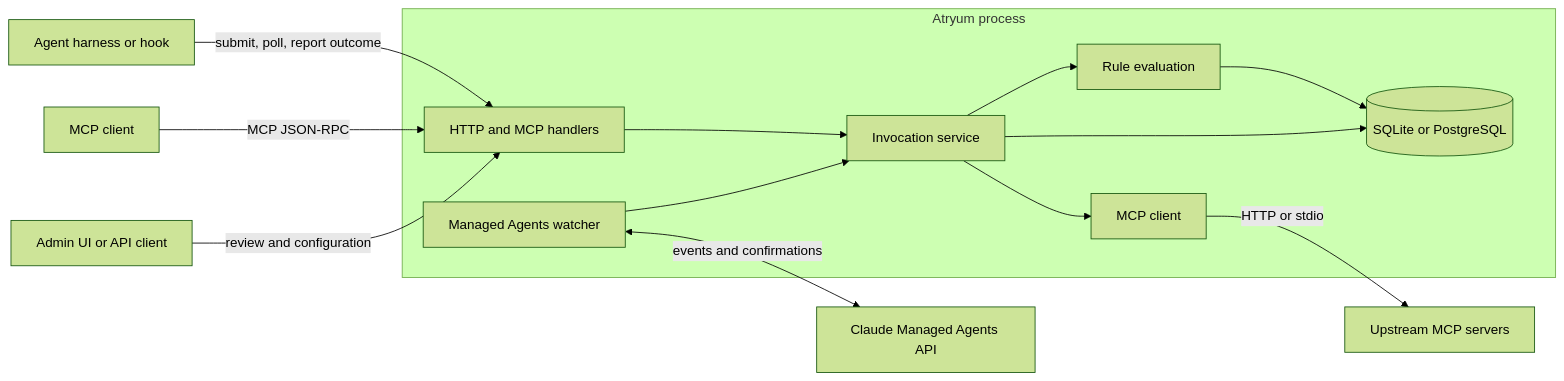
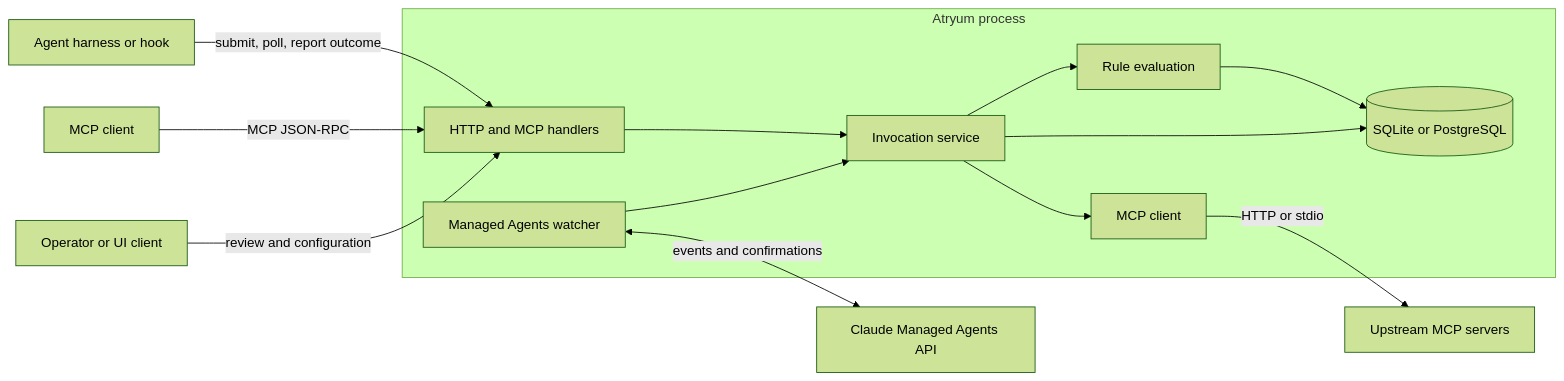
One commit to validmind/atryum changed the first of 5 diagrams in docs/architecture.md. Above: the diagram before and after it, drawn with Mermaid (forest theme). The commit also changed other lines of this file and 21 other files, not shown here.

Commit message:
SC-17522: Rename admin API endpoints (#155)

````diff
--- a/docs/architecture.md
+++ b/docs/architecture.md
@@ -13,28 +13,28 @@
 ```mermaid
 flowchart LR
     Hook[Agent harness or hook]
     MCP[MCP client]
     Claude[Claude Managed Agents API]
-    Admin[Admin UI or API client]
+    Operator[Operator or UI client]
 
     subgraph Atryum[Atryum process]
         API[HTTP and MCP handlers]
         Watcher[Managed Agents watcher]
         Service[Invocation service]
         Rules[Rule evaluation]
         Store[(SQLite or PostgreSQL)]
         Upstream[MCP client]
     end
 
     Hook -->|submit, poll, report outcome| API
     MCP -->|MCP JSON-RPC| API
-    Admin -->|review and configuration| API
+    Operator -->|review and configuration| API
     Watcher <-->|events and confirmations| Claude
     API --> Service
     Watcher --> Service
     Service --> Rules
     Rules --> Store
     Service --> Store
     Service --> Upstream
     Upstream -->|HTTP or stdio| Tools[Upstream MCP servers]
 ```
````
